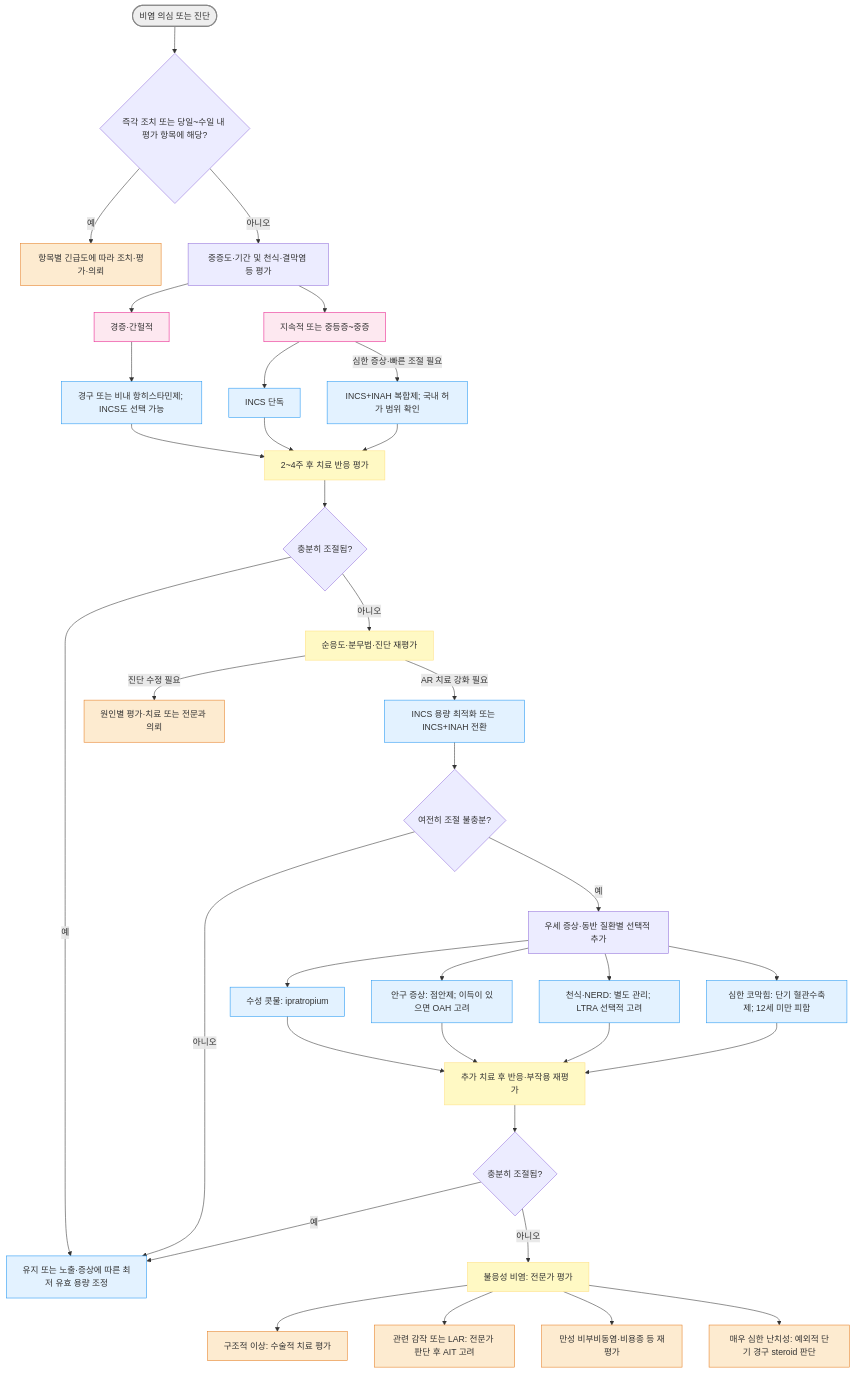
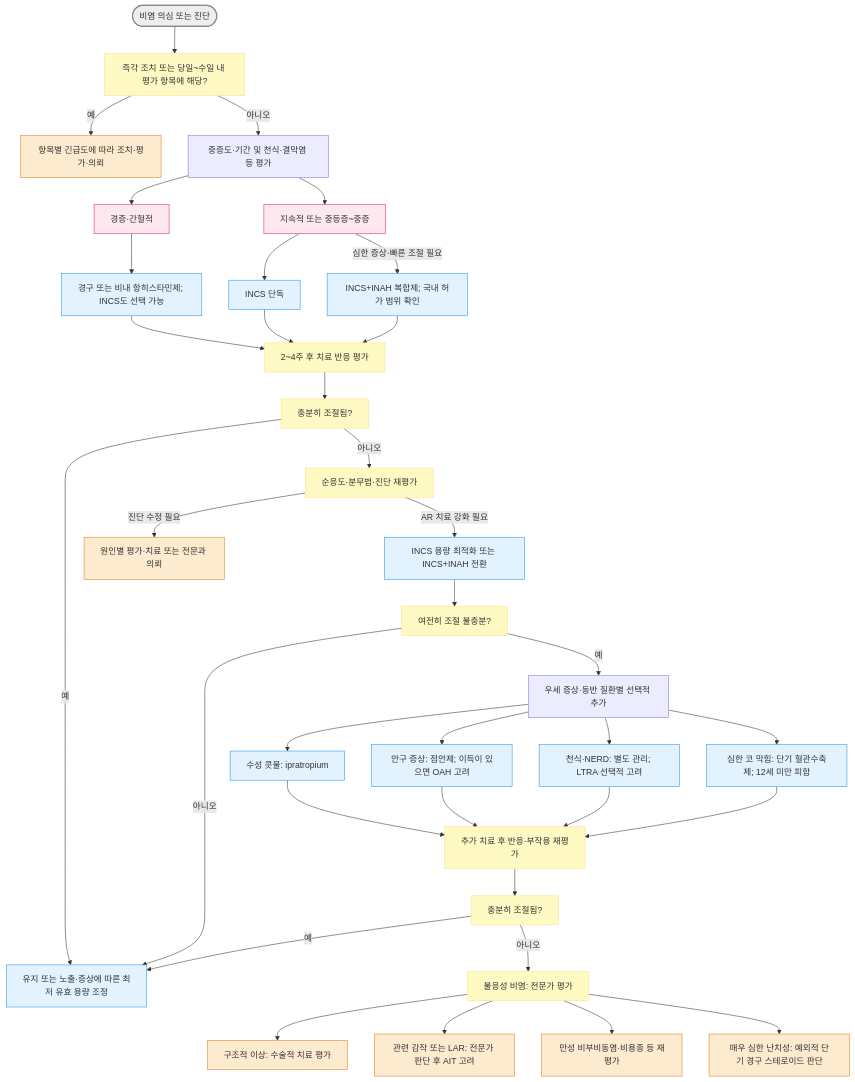
One commit to familyoh77/familyoh77 changed the diagram in 222_/051_-allergic-rhinitis.md. Above: the diagram before and after it, drawn with Mermaid. The commit also changed other lines of this file, not shown here.

````diff
--- a/222_/051_-allergic-rhinitis.md
+++ b/222_/051_-allergic-rhinitis.md
@@ -193,51 +193,51 @@
 ```mermaid
 graph TD
-    Start(["비염 의심 또는 진단"]) --> RedQ{"즉각 조치 또는 당일~수일 내 평가 항목에 해당?"}
+    Start(["비염 의심 또는 진단"]) --> RedQ["즉각 조치 또는 당일~수일 내 평가 항목에 해당?"]
     RedQ -->|예| Urgent["항목별 긴급도에 따라 조치·평가·의뢰"]
     RedQ -->|아니오| Assess["중증도·기간 및 천식·결막염 등 평가"]
 
     Assess --> Mild["경증·간헐적"]
     Assess --> ModSev["지속적 또는 중등증~중증"]
     Mild --> AH["경구 또는 비내 항히스타민제; INCS도 선택 가능"]
     ModSev --> INCS0["INCS 단독"]
     ModSev -->|심한 증상·빠른 조절 필요| Combo0["INCS+INAH 복합제; 국내 허가 범위 확인"]
 
     AH --> Review1["2~4주 후 치료 반응 평가"]
     INCS0 --> Review1
     Combo0 --> Review1
-    Review1 --> Control1{"충분히 조절됨?"}
+    Review1 --> Control1["충분히 조절됨?"]
     Control1 -->|예| Maintain["유지 또는 노출·증상에 따른 최저 유효 용량 조정"]
     Control1 -->|아니오| Check1["순응도·분무법·진단 재평가"]
     Check1 -->|진단 수정 필요| Refer["원인별 평가·치료 또는 전문과 의뢰"]
     Check1 -->|AR 치료 강화 필요| Combine["INCS 용량 최적화 또는 INCS+INAH 전환"]
 
-    Combine --> Control2{"여전히 조절 불충분?"}
+    Combine --> Control2["여전히 조절 불충분?"]
     Control2 -->|아니오| Maintain
     Control2 -->|예| Symptoms["우세 증상·동반 질환별 선택적 추가"]
     Symptoms --> Tx1["수성 콧물: ipratropium"]
     Symptoms --> Tx2["안구 증상: 점안제; 이득이 있으면 OAH 고려"]
     Symptoms --> Tx3["천식·NERD: 별도 관리; LTRA 선택적 고려"]
-    Symptoms --> Tx4["심한 코막힘: 단기 혈관수축제; 12세 미만 피함"]
+    Symptoms --> Tx4["심한 코 막힘: 단기 혈관수축제; 12세 미만 피함"]
     Tx1 --> Reassess["추가 치료 후 반응·부작용 재평가"]
     Tx2 --> Reassess
     Tx3 --> Reassess
     Tx4 --> Reassess
-    Reassess --> Control3{"충분히 조절됨?"}
+    Reassess --> Control3["충분히 조절됨?"]
     Control3 -->|예| Maintain
     Control3 -->|아니오| Fail3["불응성 비염: 전문가 평가"]
 
     Fail3 --> Cause1["구조적 이상: 수술적 치료 평가"]
     Fail3 --> Cause2["관련 감작 또는 LAR: 전문가 판단 후 AIT 고려"]
     Fail3 --> Cause3["만성 비부비동염·비용종 등 재평가"]
-    Fail3 --> Rescue["매우 심한 난치성: 예외적 단기 경구 steroid 판단"]
+    Fail3 --> Rescue["매우 심한 난치성: 예외적 단기 경구 스테로이드 판단"]
 
     style Start fill:#eeeeee,stroke:#888888,stroke-width:2px
     classDef yellow fill:#fff9c4,stroke:#ffe082
-    class Review1,Check1,Reassess,Fail3 yellow
+    class RedQ,Control1,Control2,Control3,Review1,Check1,Reassess,Fail3 yellow
     classDef sky fill:#e3f2ff,stroke:#2196f3
     class INCS0,Combo0,AH,Combine,Tx1,Tx2,Tx3,Tx4,Maintain sky
     classDef orange fill:#fdebd0,stroke:#e67e22
     class Urgent,Refer,Cause1,Cause2,Cause3,Rescue orange
     classDef pink fill:#fde8f0,stroke:#e91e8c
     class Mild,ModSev pink
 ```
````
